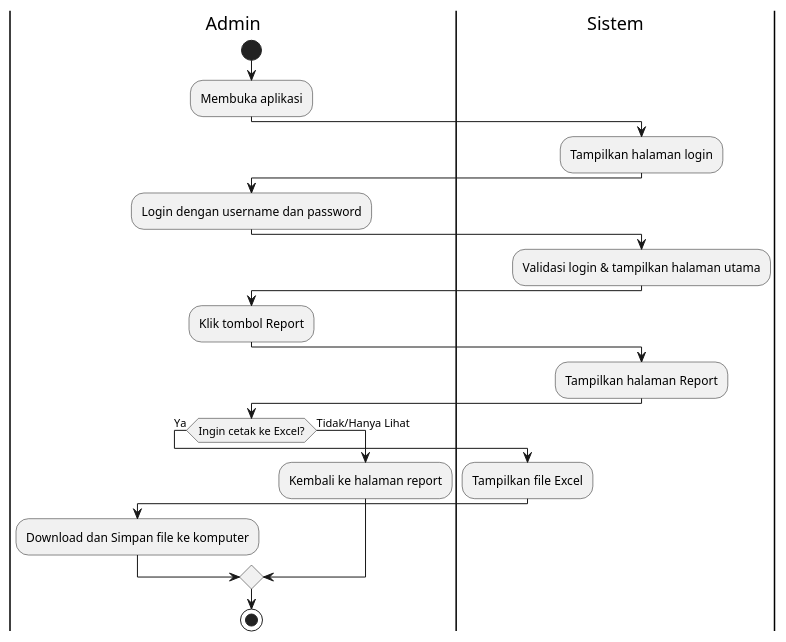
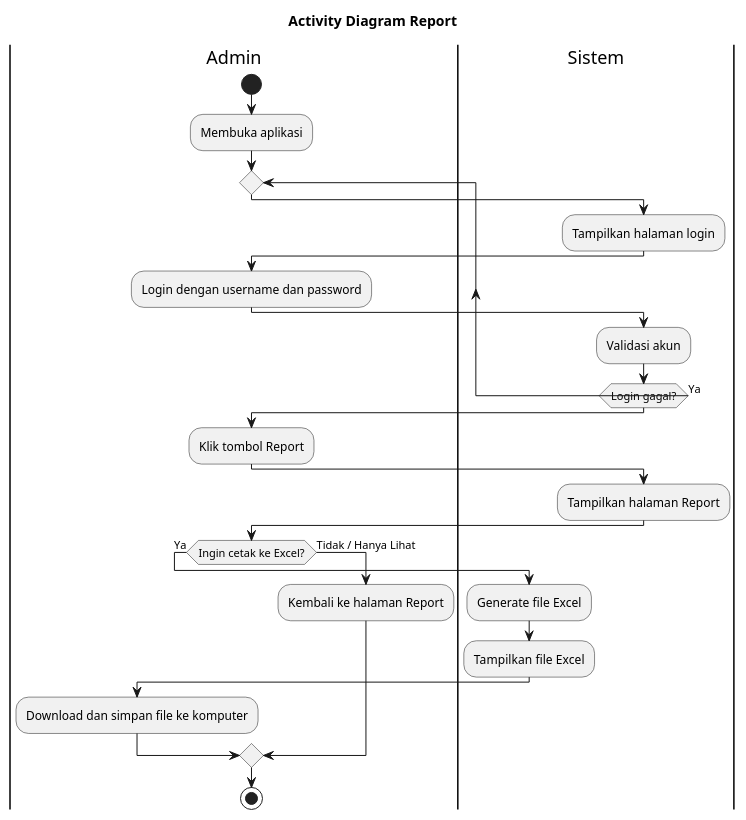
Before and after one commit to Fannandya/diagramPABD: the diagram in Activity Diagram/activityReport.puml, drawn with PlantUML.

Commit message:
membenarkan activity report

```diff
--- a/Activity Diagram/activityReport.puml
+++ b/Activity Diagram/activityReport.puml
@@ -1,28 +1,47 @@
 @startuml activityReport
+
+title Activity Diagram Report
+
 |Admin|
 start
 :Membuka aplikasi;
-|Sistem|
-:Tampilkan halaman login;
-|Admin|
-:Login dengan username dan password;
-|Sistem|
-:Validasi login & tampilkan halaman utama;
+
+repeat
+
+    |Sistem|
+    :Tampilkan halaman login;
+
+    |Admin|
+    :Login dengan username dan password;
+
+    |Sistem|
+    :Validasi akun;
+
+repeat while (Login gagal?) is (Ya)
+
 |Admin|
 :Klik tombol Report;
+
 |Sistem|
 :Tampilkan halaman Report;
 
 |Admin|
 if (Ingin cetak ke Excel?) then (Ya)
-  |Sistem|
-  :Tampilkan file Excel;
-  |Admin|
-  :Download dan Simpan file ke komputer;
-else (Tidak/Hanya Lihat)
-  |Admin|
-  :Kembali ke halaman report;
+
+    |Sistem|
+    :Generate file Excel;
+    :Tampilkan file Excel;
+
+    |Admin|
+    :Download dan simpan file ke komputer;
+
+else (Tidak / Hanya Lihat)
+
+    |Admin|
+    :Kembali ke halaman Report;
+
 endif
 
 stop
+
 @enduml
```
